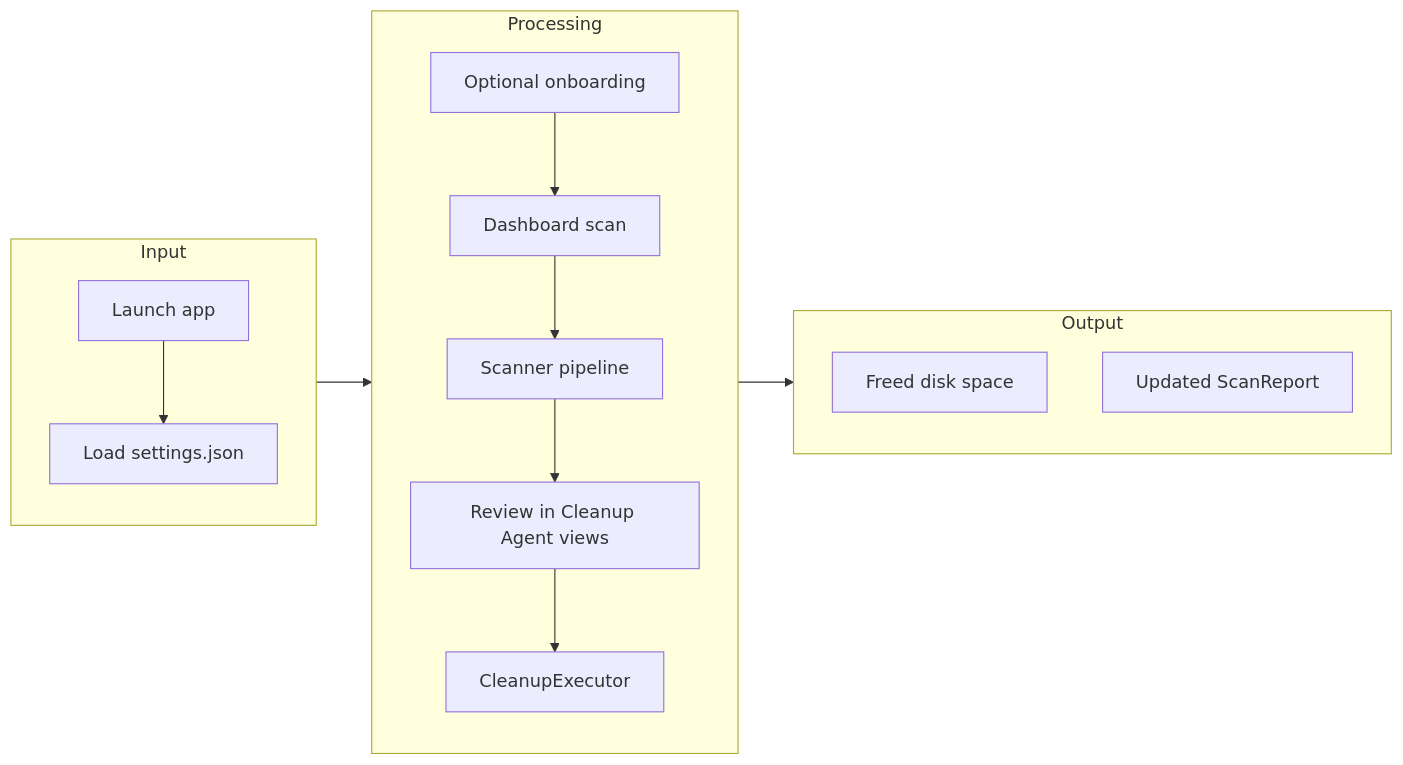
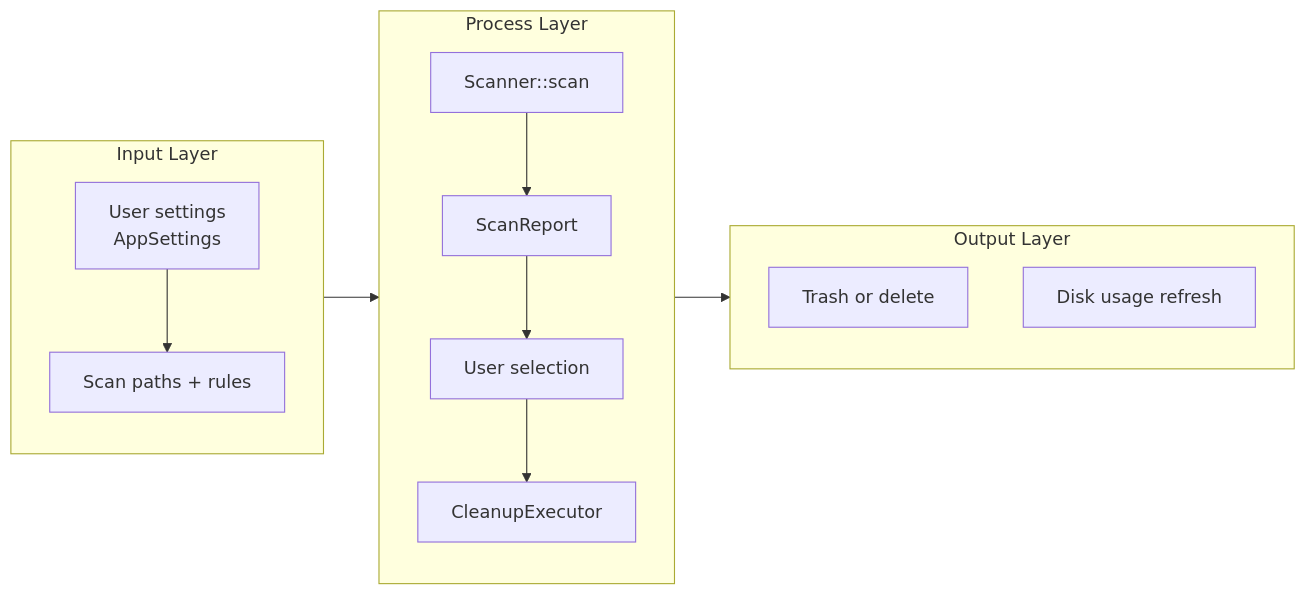
One commit to sopaco/CLV3000-Plus changed the first of 7 diagrams in .terrain/human/3.Workflows.md. Above: the diagram before and after it, drawn with Mermaid. The commit also changed other lines of this file and 15 other files, not shown here.

````diff
--- a/.terrain/human/3.Workflows.md
+++ b/.terrain/human/3.Workflows.md
@@ -15,17 +17,16 @@
 ```mermaid
 flowchart LR
-    subgraph inputLayer["Input"]
-        A["Launch app"] --> B["Load settings.json"]
+    subgraph inputLayer["Input Layer"]
+        A["User settings<br/>AppSettings"] --> B["Scan paths + rules"]
     end
-    subgraph processLayer["Processing"]
-        C["Optional onboarding"] --> D["Dashboard scan"]
-        D --> E["Scanner pipeline"]
-        E --> F["Review in Cleanup Agent views"]
-        F --> G["CleanupExecutor"]
+    subgraph processLayer["Process Layer"]
+        C["Scanner::scan"] --> D["ScanReport"]
+        D --> E["User selection"]
+        E --> F["CleanupExecutor"]
     end
-    subgraph outputLayer["Output"]
-        H["Freed disk space"]
-        I["Updated ScanReport"]
+    subgraph outputLayer["Output Layer"]
+        G["Trash or delete"]
+        H["Disk usage refresh"]
     end
     inputLayer --> processLayer --> outputLayer
 ```
````
